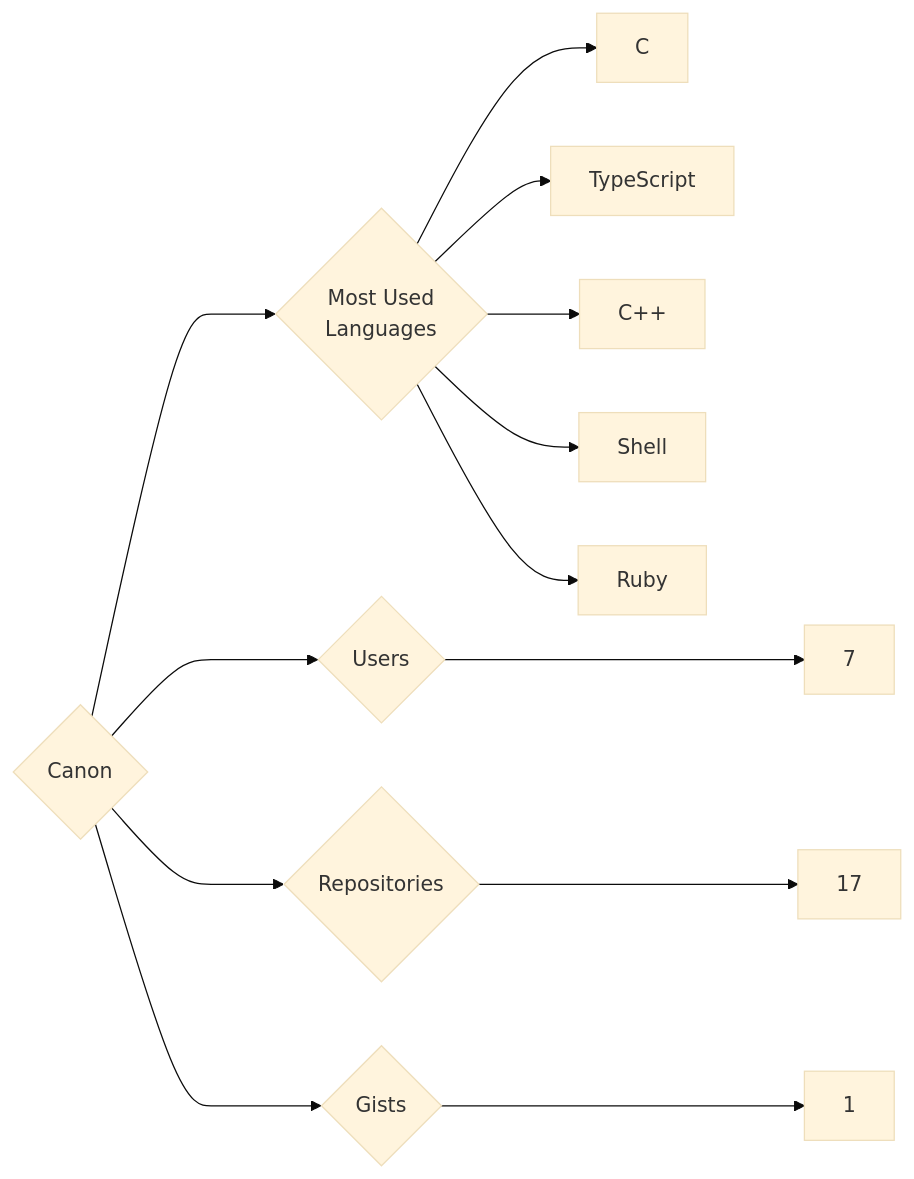
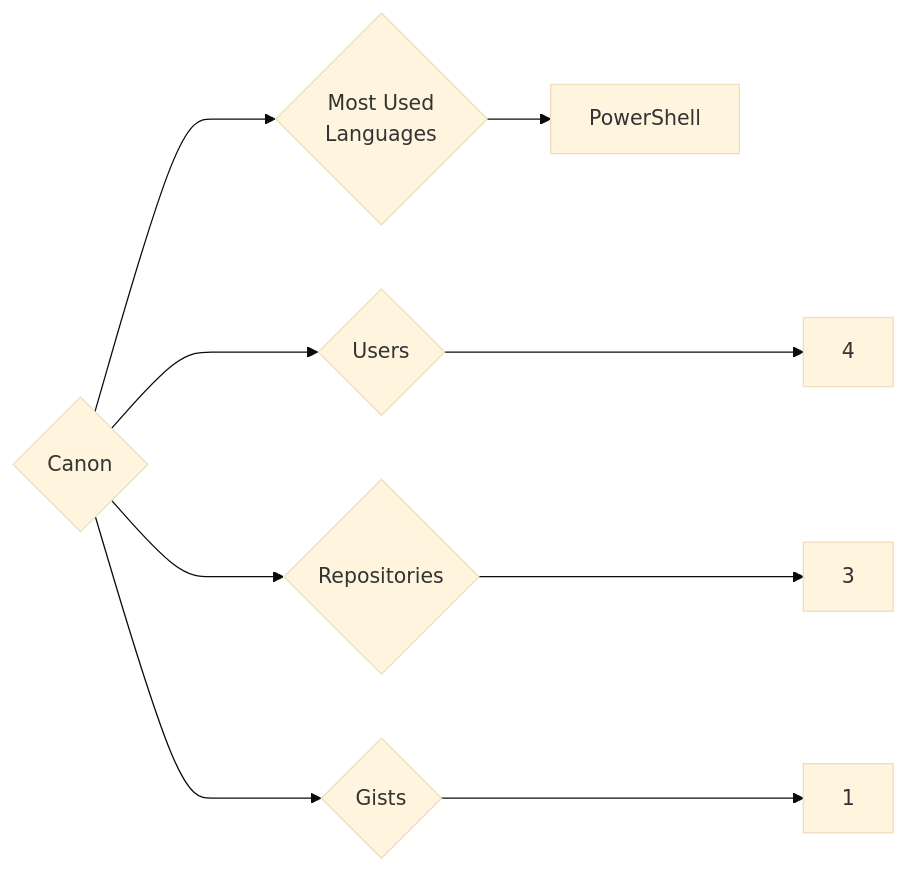
Before and after one commit to trickest/insiders: the diagram in targets/Canon/README.md, drawn with Mermaid (base theme). The commit also changed 688 other files, not shown here.

````diff
--- a/targets/Canon/README.md
+++ b/targets/Canon/README.md
@@ -3,13 +3,9 @@
 ```mermaid
 graph LR
 COMPANY_NAME{Canon}
-COMPANY_NAME ---> U{Users} ---> UN[7]
-COMPANY_NAME ---> R{Repositories} ---> RN[17]
+COMPANY_NAME ---> U{Users} ---> UN[4]
+COMPANY_NAME ---> R{Repositories} ---> RN[3]
 COMPANY_NAME ---> G{Gists} ---> GN[1]
 COMPANY_NAME ---> ML{Most Used<br>Languages}
-ML --> C[C]
-ML --> TypeScript[TypeScript]
-ML --> C++[C++]
-ML --> Shell[Shell]
-ML --> Ruby[Ruby]
+ML --> PowerShell[PowerShell]
 ```
````
